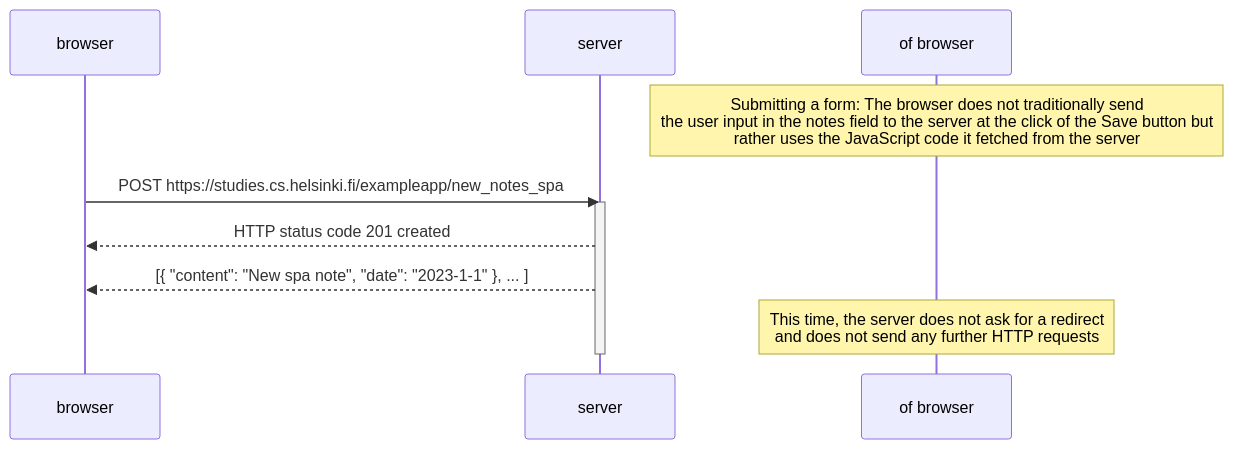
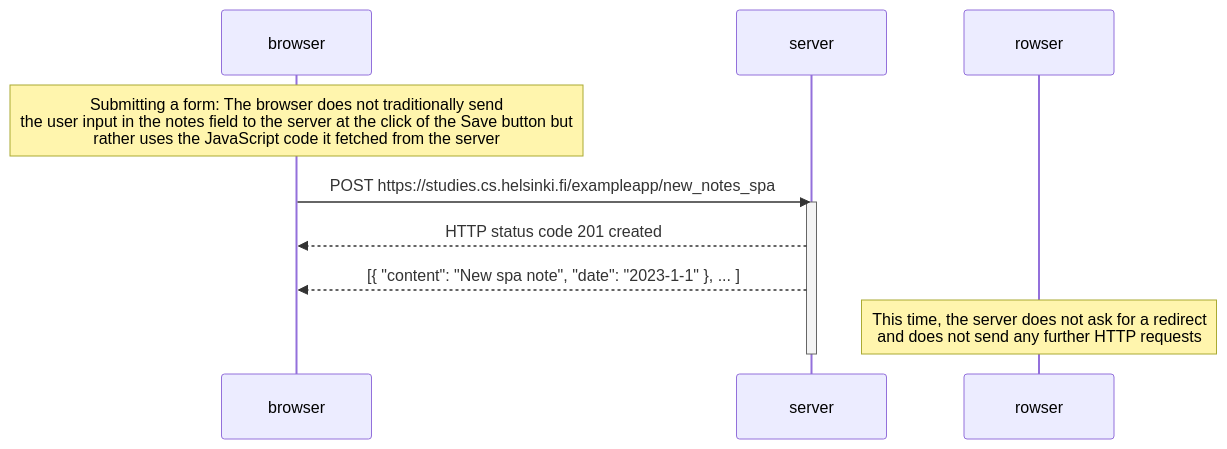
Before and after one commit to CeeJayyy007/fullstackopen: the diagram in part0/newNoteInSpaDiagram.md, drawn with Mermaid.

Commit message:
update new note spa file

````diff
--- a/part0/newNoteInSpaDiagram.md
+++ b/part0/newNoteInSpaDiagram.md
@@ -3,16 +3,15 @@
 ```mermaid
 sequenceDiagram
     participant browser
     participant server
     
-    Note over of browser: Submitting a form: The browser does not traditionally send <br/>the user input in the notes field to the server at the click of the Save button but <br/>rather uses the JavaScript code it fetched from the server
+    Note over browser: Submitting a form: The browser does not traditionally send <br/>the user input in the notes field to the server at the click of the Save button but <br/>rather uses the JavaScript code it fetched from the server
     
     browser->>server: POST https://studies.cs.helsinki.fi/exampleapp/new_notes_spa 
     activate server
 
     server-->>browser: HTTP status code 201 created
     server-->>browser: [{ "content": "New spa note", "date": "2023-1-1" }, ... ]
-    Note over of browser: This time, the server does not ask for a redirect <br/>and does not send any further HTTP requests
+    Note over rowser: This time, the server does not ask for a redirect <br/>and does not send any further HTTP requests
     deactivate server
-
 ```
````
